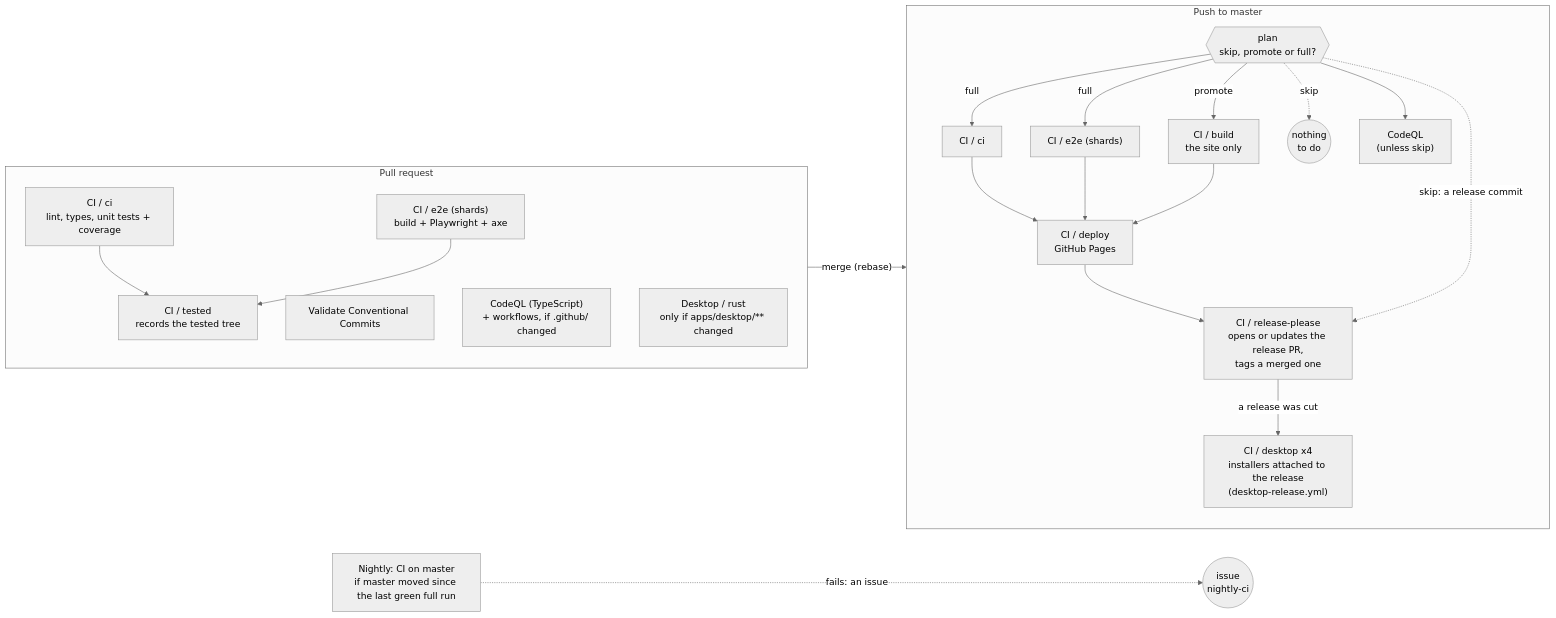
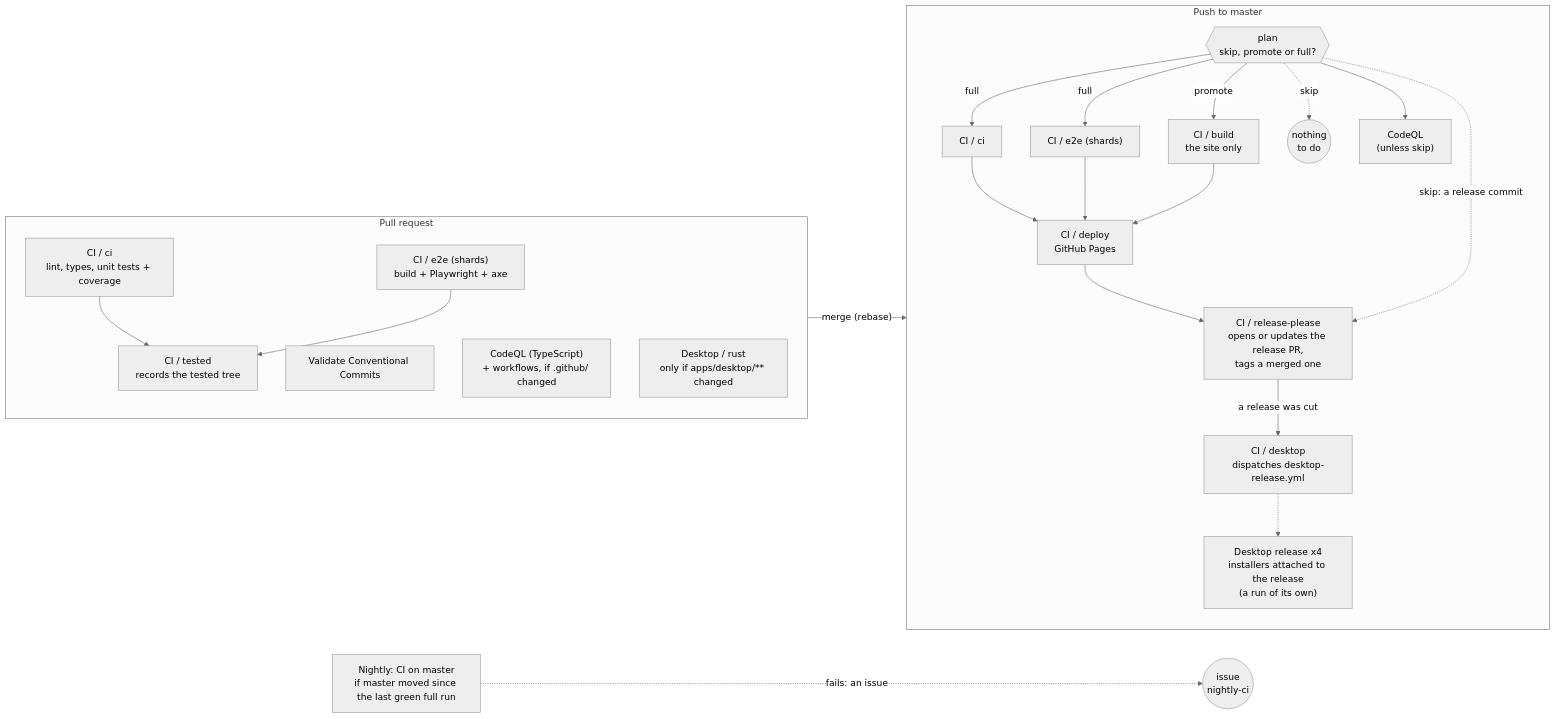
One commit to kqesar/alltp-tracker changed the first of 3 diagrams in docs/ci.md. Above: the diagram before and after it, drawn with Mermaid (neutral theme). The commit also changed other lines of this file and 3 other files, not shown here.

````diff
--- a/docs/ci.md
+++ b/docs/ci.md
@@ -7,31 +7,32 @@
 ```mermaid
 flowchart LR
   subgraph PR["Pull request"]
     direction TB
     ci_pr["CI / ci<br/>lint, types, unit tests + coverage"]
     e2e_pr["CI / e2e (shards)<br/>build + Playwright + axe"]
     rec["CI / tested<br/>records the tested tree"]
     vc["Validate Conventional Commits"]
     cq_pr["CodeQL (TypeScript)<br/>+ workflows, if .github/ changed"]
     dk_pr["Desktop / rust<br/>only if apps/desktop/** changed"]
     ci_pr & e2e_pr --> rec
   end
   subgraph MASTER["Push to master"]
     direction TB
     plan{{"plan<br/>skip, promote or full?"}}
     plan -->|full| ci_m["CI / ci"]
     plan -->|full| e2e_m["CI / e2e (shards)"]
     plan -->|promote| build["CI / build<br/>the site only"]
     plan -.->|skip| none(("nothing<br/>to do"))
     plan --> cq_m["CodeQL<br/>(unless skip)"]
     ci_m --> deploy["CI / deploy<br/>GitHub Pages"]
     e2e_m --> deploy
     build --> deploy
     deploy --> rp["CI / release-please<br/>opens or updates the release PR,<br/>tags a merged one"]
     plan -.->|"skip: a release commit"| rp
-    rp -->|a release was cut| inst["CI / desktop x4<br/>installers attached to the release<br/>(desktop-release.yml)"]
+    rp -->|a release was cut| inst["CI / desktop<br/>dispatches desktop-release.yml"]
+    inst -.-> dr["Desktop release x4<br/>installers attached to the release<br/>(a run of its own)"]
   end
   nightly["Nightly: CI on master<br/>if master moved since the last green full run"]
   PR -->|"merge (rebase)"| MASTER
   nightly -. "fails: an issue" .-> issue(("issue<br/>nightly-ci"))
 ```
````
